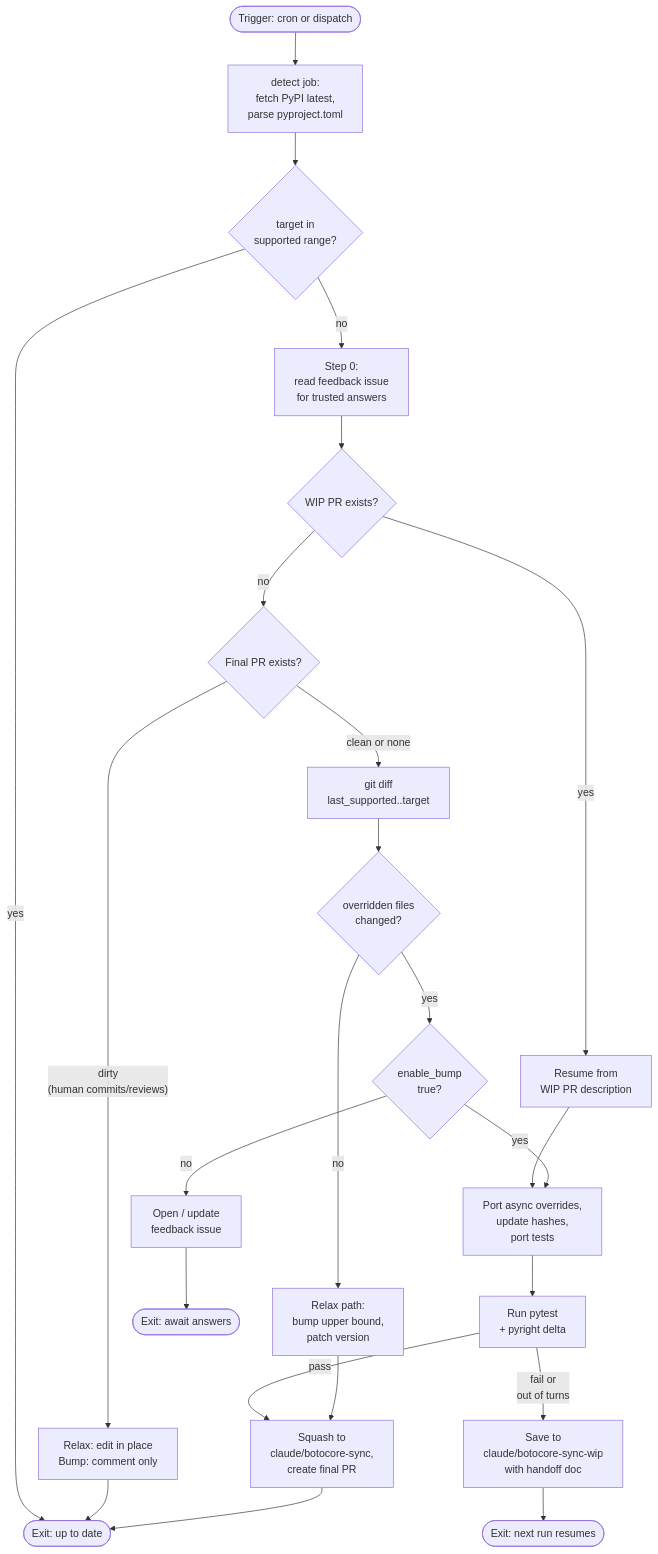
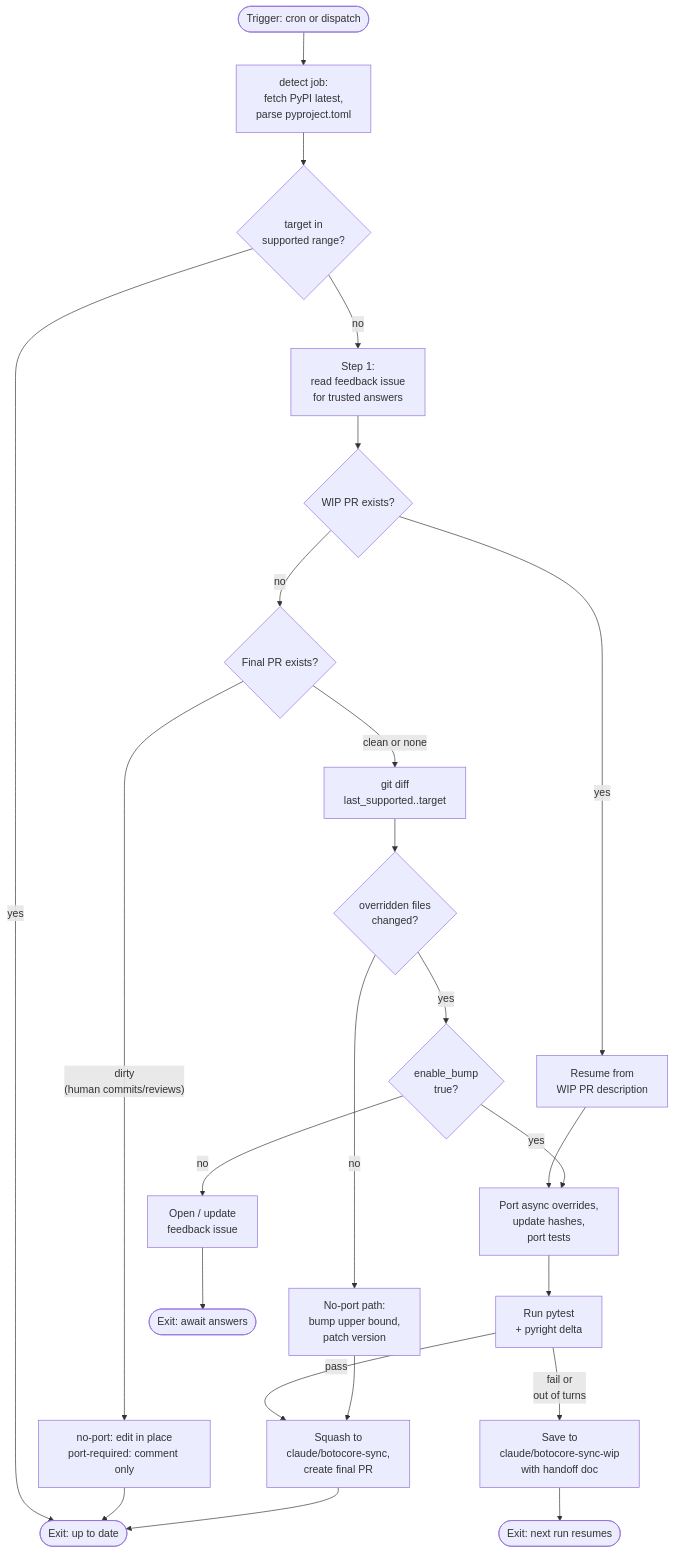
One commit to aio-libs/aiobotocore changed the second of 2 diagrams in docs/ai-workflows.md. Above: the diagram before and after it, drawn with Mermaid. The commit also changed other lines of this file and 27 other files, not shown here.

````diff
--- a/docs/ai-workflows.md
+++ b/docs/ai-workflows.md
@@ -192,27 +208,27 @@
 ```mermaid
 flowchart TD
     start([Trigger: cron or dispatch])
     start --> detect["detect job:<br/>fetch PyPI latest,<br/>parse pyproject.toml"]
     detect --> inrange{target in<br/>supported range?}
     inrange -->|yes| exitOK([Exit: up to date])
-    inrange -->|no| step0["Step 0:<br/>read feedback issue<br/>for trusted answers"]
-    step0 --> wipCheck{WIP PR exists?}
+    inrange -->|no| step1["Step 1:<br/>read feedback issue<br/>for trusted answers"]
+    step1 --> wipCheck{WIP PR exists?}
     wipCheck -->|yes| resume[Resume from<br/>WIP PR description]
     wipCheck -->|no| finalCheck{Final PR exists?}
-    finalCheck -->|"dirty<br/>(human commits/reviews)"| dirty[Relax: edit in place<br/>Bump: comment only]
+    finalCheck -->|"dirty<br/>(human commits/reviews)"| dirty[no-port: edit in place<br/>port-required: comment only]
     finalCheck -->|clean or none| diff["git diff<br/>last_supported..target"]
     resume --> port
     diff --> classify{overridden files<br/>changed?}
-    classify -->|no| relax[Relax path:<br/>bump upper bound,<br/>patch version]
+    classify -->|no| noport[No-port path:<br/>bump upper bound,<br/>patch version]
     classify -->|yes| bumpGate{enable_bump<br/>true?}
     bumpGate -->|no| feedback[Open / update<br/>feedback issue]
     bumpGate -->|yes| port[Port async overrides,<br/>update hashes,<br/>port tests]
     port --> validate["Run pytest<br/>+ pyright delta"]
     validate -->|pass| finalize["Squash to<br/>claude/botocore-sync,<br/>create final PR"]
     validate -->|"fail or<br/>out of turns"| saveWIP[Save to<br/>claude/botocore-sync-wip<br/>with handoff doc]
-    relax --> finalize
+    noport --> finalize
     dirty --> exitOK
     finalize --> exitOK
     feedback --> exitFB([Exit: await answers])
     saveWIP --> exitWIP([Exit: next run resumes])
 ```
````
